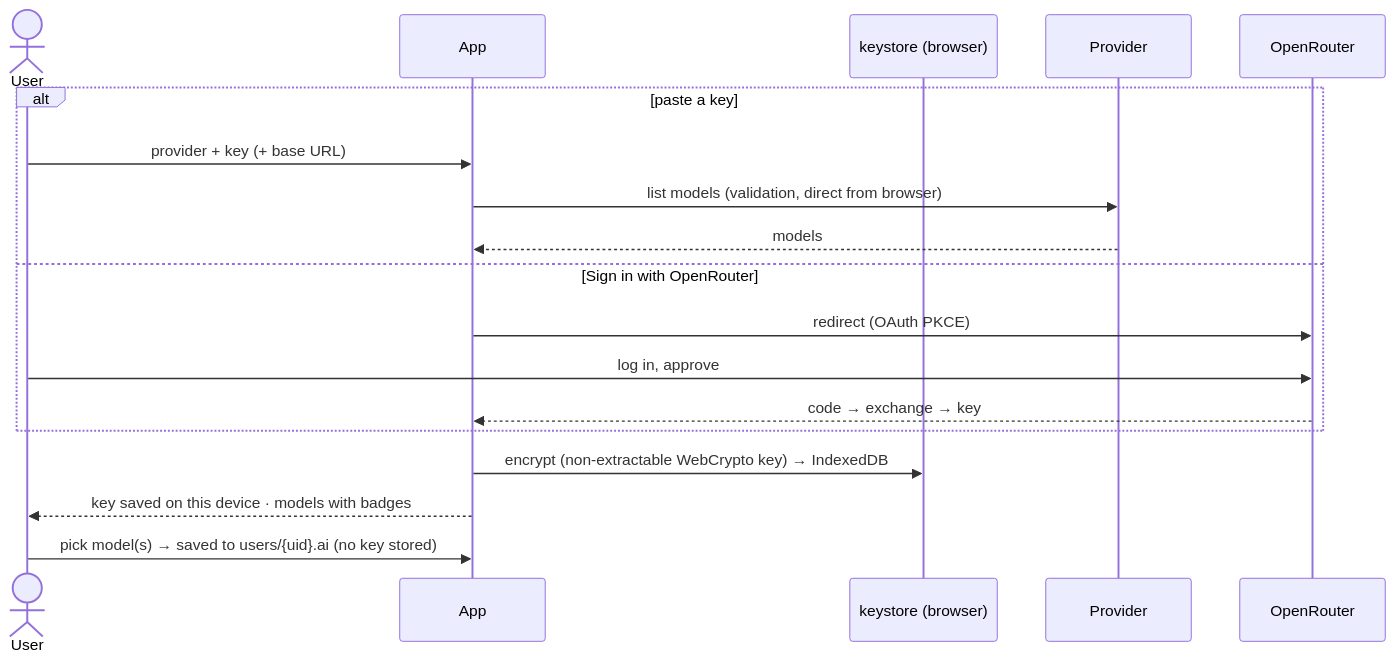
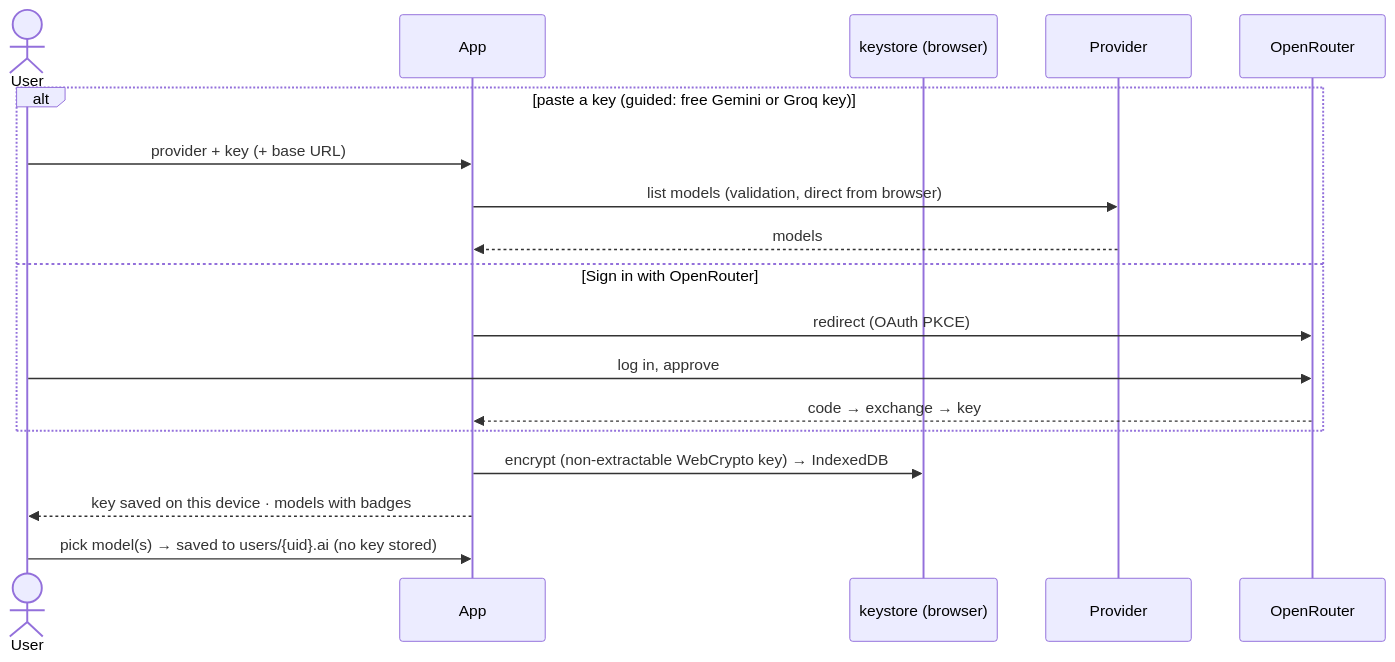
One commit to iamsanuponnulli-hue/PORTFOLIO-BUILDER changed diagram 14 of 17 in docs/ARCHITECTURE.md. Above: the diagram before and after it, drawn with Mermaid. The commit also changed other lines of this file and 38 other files, not shown here.

````diff
--- a/docs/ARCHITECTURE.md
+++ b/docs/ARCHITECTURE.md
@@ -520,20 +501,20 @@
 ```mermaid
 sequenceDiagram
   actor U as User
   participant App
   participant KS as keystore (browser)
   participant P as Provider
   participant OR as OpenRouter
-  alt paste a key
+  alt paste a key (guided: free Gemini or Groq key)
     U->>App: provider + key (+ base URL)
     App->>P: list models (validation, direct from browser)
     P-->>App: models
   else Sign in with OpenRouter
     App->>OR: redirect (OAuth PKCE)
     U->>OR: log in, approve
     OR-->>App: code → exchange → key
   end
   App->>KS: encrypt (non-extractable WebCrypto key) → IndexedDB
   App-->>U: key saved on this device · models with badges
   U->>App: pick model(s) → saved to users/{uid}.ai (no key stored)
 ```
````
